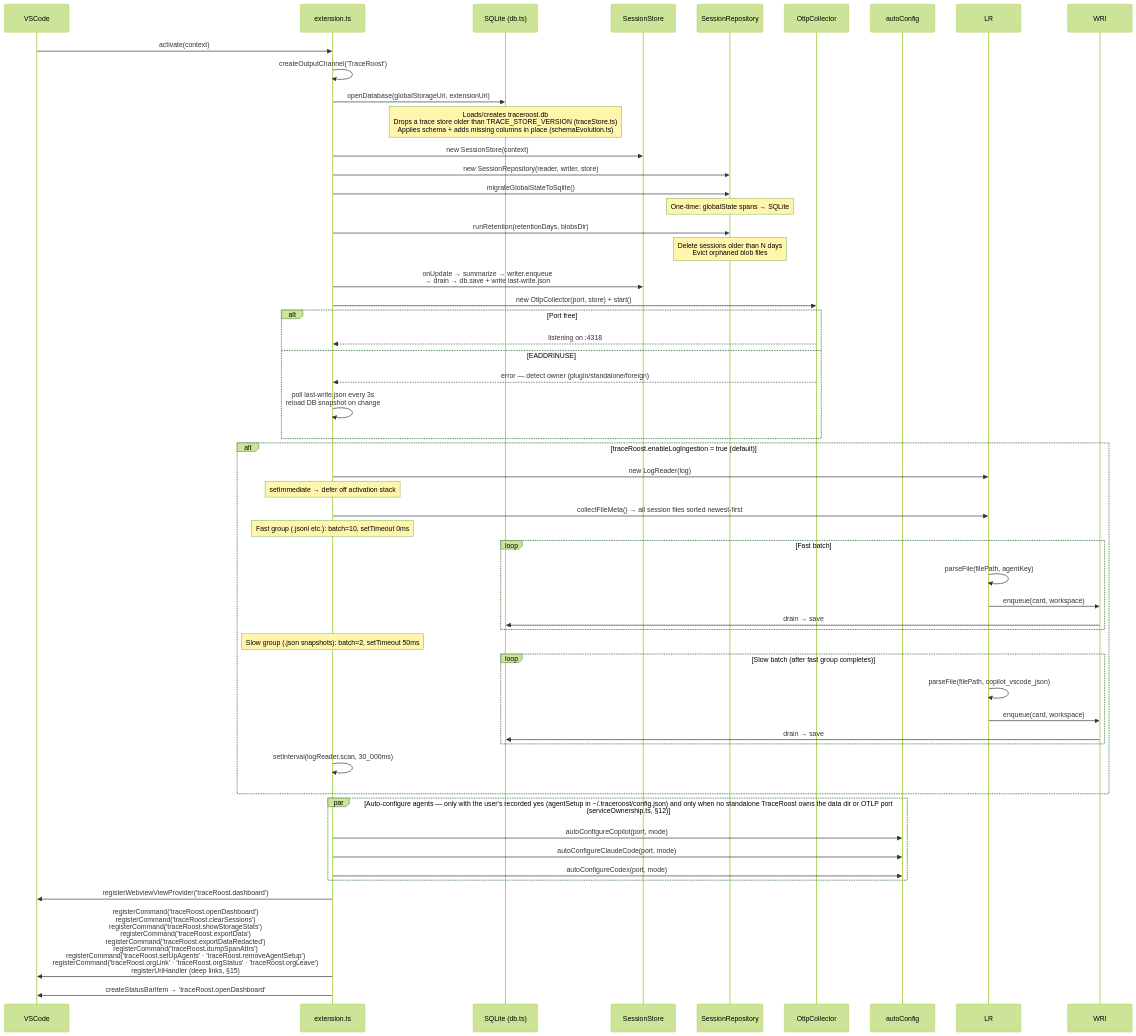
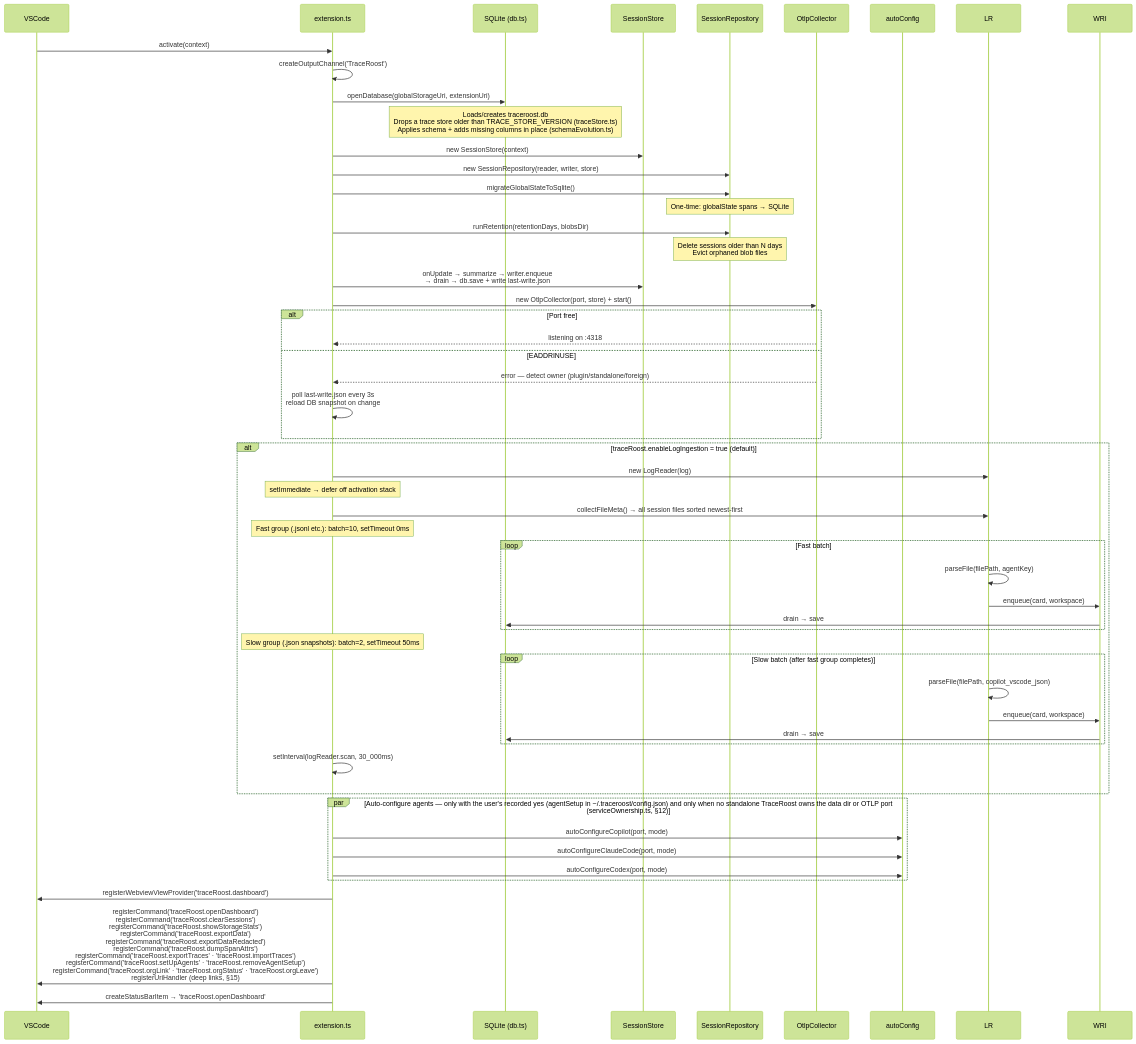
Before and after one commit to traceroost/core: the second of 20 diagrams in ARCHITECTURE.md, drawn with Mermaid (forest theme). The commit also changed other lines of this file and 8 other files, not shown here.

````diff
--- a/ARCHITECTURE.md
+++ b/ARCHITECTURE.md
@@ -98,55 +98,55 @@
 ```mermaid
 sequenceDiagram
     participant VS as VSCode
     participant EXT as extension.ts
     participant DB as SQLite (db.ts)
     participant STO as SessionStore
     participant REPO as SessionRepository
     participant COL as OtlpCollector
     participant CFG as autoConfig
 
     VS->>EXT: activate(context)
     EXT->>EXT: createOutputChannel('TraceRoost')
     EXT->>DB: openDatabase(globalStorageUri, extensionUri)
     Note over DB: Loads/creates traceroost.db<br/>Drops a trace store older than TRACE_STORE_VERSION (traceStore.ts)<br/>Applies schema + adds missing columns in place (schemaEvolution.ts)
     EXT->>STO: new SessionStore(context)
     EXT->>REPO: new SessionRepository(reader, writer, store)
     EXT->>REPO: migrateGlobalStateToSqlite()
     Note over REPO: One-time: globalState spans → SQLite
     EXT->>REPO: runRetention(retentionDays, blobsDir)
     Note over REPO: Delete sessions older than N days<br/>Evict orphaned blob files
     EXT->>STO: onUpdate → summarize → writer.enqueue<br/>→ drain → db.save + write last-write.json
     EXT->>COL: new OtlpCollector(port, store) + start()
     alt Port free
         COL-->>EXT: listening on :4318
     else EADDRINUSE
         COL-->>EXT: error — detect owner (plugin/standalone/foreign)
         EXT->>EXT: poll last-write.json every 3s<br/>reload DB snapshot on change
     end
     alt traceRoost.enableLogIngestion = true (default)
         EXT->>LR: new LogReader(log)
         Note over EXT: setImmediate → defer off activation stack
         EXT->>LR: collectFileMeta() → all session files sorted newest-first
         Note over EXT: Fast group (.jsonl etc.): batch=10, setTimeout 0ms
         loop Fast batch
             LR->>LR: parseFile(filePath, agentKey)
             LR->>WRI: enqueue(card, workspace)
             WRI->>DB: drain → save
         end
         Note over EXT: Slow group (.json snapshots): batch=2, setTimeout 50ms
         loop Slow batch (after fast group completes)
             LR->>LR: parseFile(filePath, copilot_vscode_json)
             LR->>WRI: enqueue(card, workspace)
             WRI->>DB: drain → save
         end
         EXT->>EXT: setInterval(logReader.scan, 30_000ms)
     end
     par Auto-configure agents — only with the user's recorded yes (agentSetup in ~/.traceroost/config.json) and only when no standalone TraceRoost owns the data dir or OTLP port (serviceOwnership.ts, §12)
         EXT->>CFG: autoConfigureCopilot(port, mode)
         EXT->>CFG: autoConfigureClaudeCode(port, mode)
         EXT->>CFG: autoConfigureCodex(port, mode)
     end
     EXT->>VS: registerWebviewViewProvider('traceRoost.dashboard')
-    EXT->>VS: registerCommand('traceRoost.openDashboard')<br/>registerCommand('traceRoost.clearSessions')<br/>registerCommand('traceRoost.showStorageStats')<br/>registerCommand('traceRoost.exportData')<br/>registerCommand('traceRoost.exportDataRedacted')<br/>registerCommand('traceRoost.dumpSpanAttrs')<br/>registerCommand('traceRoost.setUpAgents' · 'traceRoost.removeAgentSetup')<br/>registerCommand('traceRoost.orgLink' · 'traceRoost.orgStatus' · 'traceRoost.orgLeave')<br/>registerUriHandler (deep links, §15)
+    EXT->>VS: registerCommand('traceRoost.openDashboard')<br/>registerCommand('traceRoost.clearSessions')<br/>registerCommand('traceRoost.showStorageStats')<br/>registerCommand('traceRoost.exportData')<br/>registerCommand('traceRoost.exportDataRedacted')<br/>registerCommand('traceRoost.dumpSpanAttrs')<br/>registerCommand('traceRoost.exportTraces' · 'traceRoost.importTraces')<br/>registerCommand('traceRoost.setUpAgents' · 'traceRoost.removeAgentSetup')<br/>registerCommand('traceRoost.orgLink' · 'traceRoost.orgStatus' · 'traceRoost.orgLeave')<br/>registerUriHandler (deep links, §15)
     EXT->>VS: createStatusBarItem → 'traceRoost.openDashboard'
 ```
````
